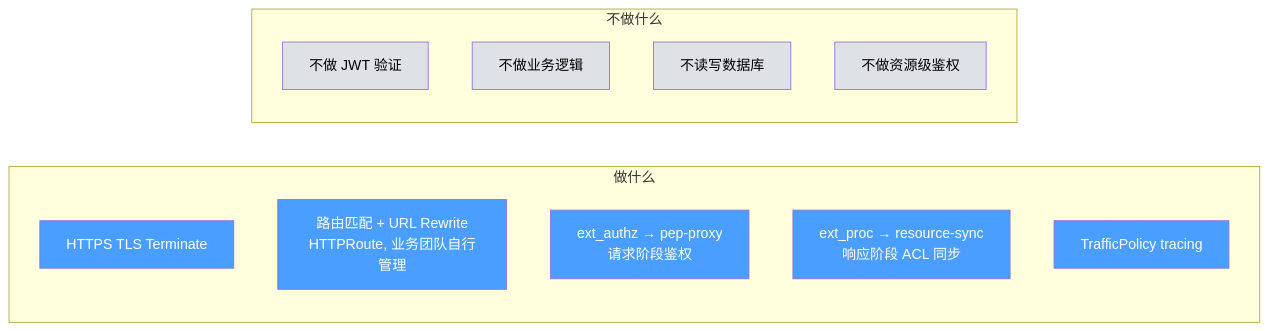
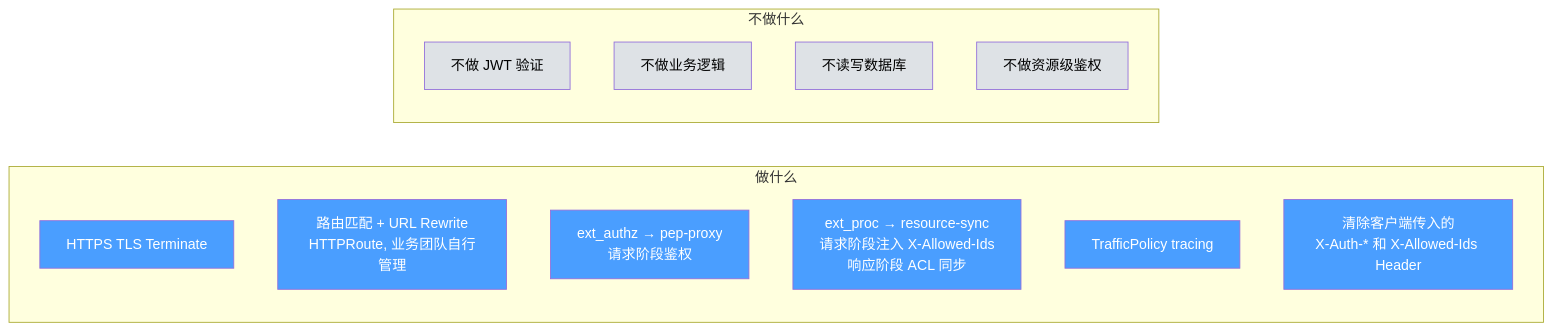
Before and after one commit to xiewanchao/aidp-iam: the second of 10 diagrams in diagrams/component-responsibility.md, drawn with Mermaid. The commit also changed other lines of this file and 43 other files, not shown here.

First line of the commit message:
feat: IAM v2.0 - groups model, resource ACL, ext_proc, API Key auth

````diff
--- a/diagrams/component-responsibility.md
+++ b/diagrams/component-responsibility.md
@@ -81,27 +79,29 @@
 ```mermaid
 flowchart LR
     subgraph 做什么
         A1[HTTPS TLS Terminate]
         A2[路由匹配 + URL Rewrite<br/>HTTPRoute, 业务团队自行管理]
         A3[ext_authz → pep-proxy<br/>请求阶段鉴权]
-        A4[ext_proc → resource-sync<br/>响应阶段 ACL 同步]
+        A4[ext_proc → resource-sync<br/>请求阶段注入 X-Allowed-Ids<br/>响应阶段 ACL 同步]
         A5[TrafficPolicy tracing]
+        A6[清除客户端传入的<br/>X-Auth-* 和 X-Allowed-Ids Header]
     end
 
     subgraph 不做什么
         B1[不做 JWT 验证]
         B2[不做业务逻辑]
         B3[不读写数据库]
         B4[不做资源级鉴权]
     end
 
     style A1 fill:#4a9eff,color:#fff
     style A2 fill:#4a9eff,color:#fff
     style A3 fill:#4a9eff,color:#fff
     style A4 fill:#4a9eff,color:#fff
     style A5 fill:#4a9eff,color:#fff
+    style A6 fill:#4a9eff,color:#fff
     style B1 fill:#dee2e6,color:#000
     style B2 fill:#dee2e6,color:#000
     style B3 fill:#dee2e6,color:#000
     style B4 fill:#dee2e6,color:#000
 ```
````
